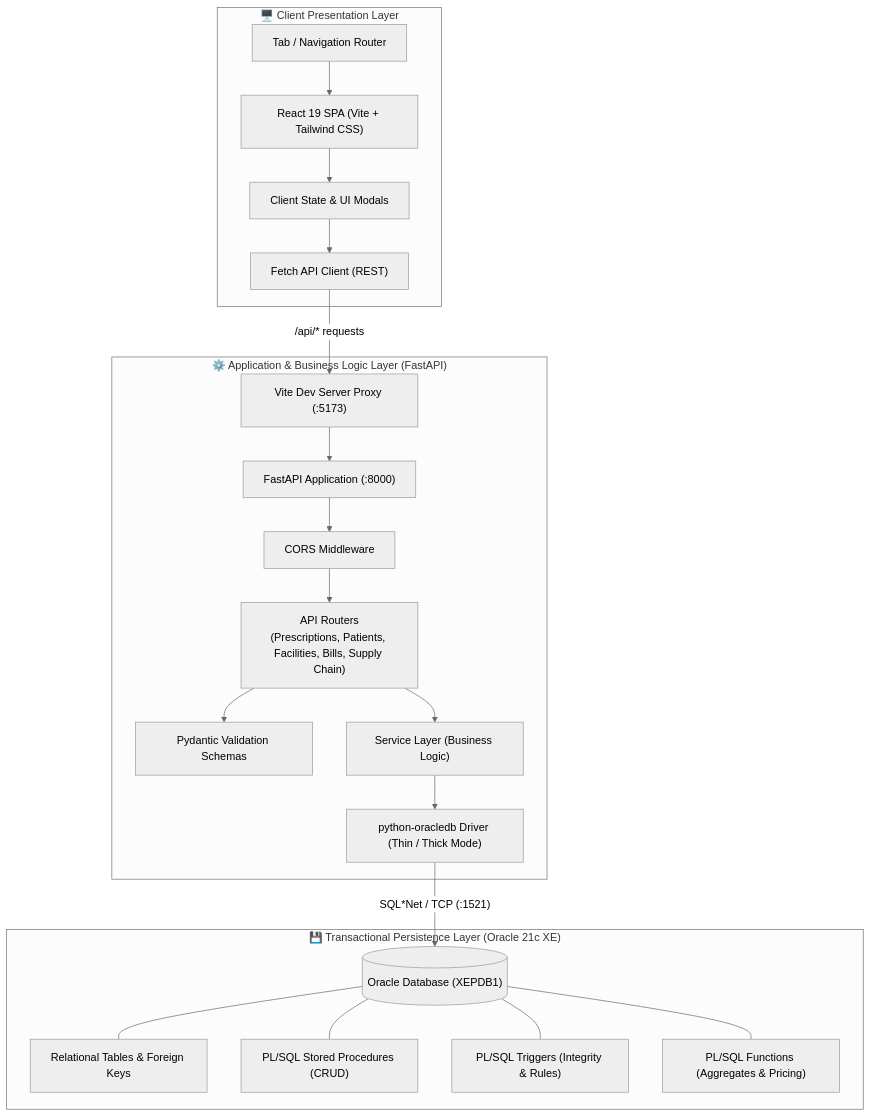
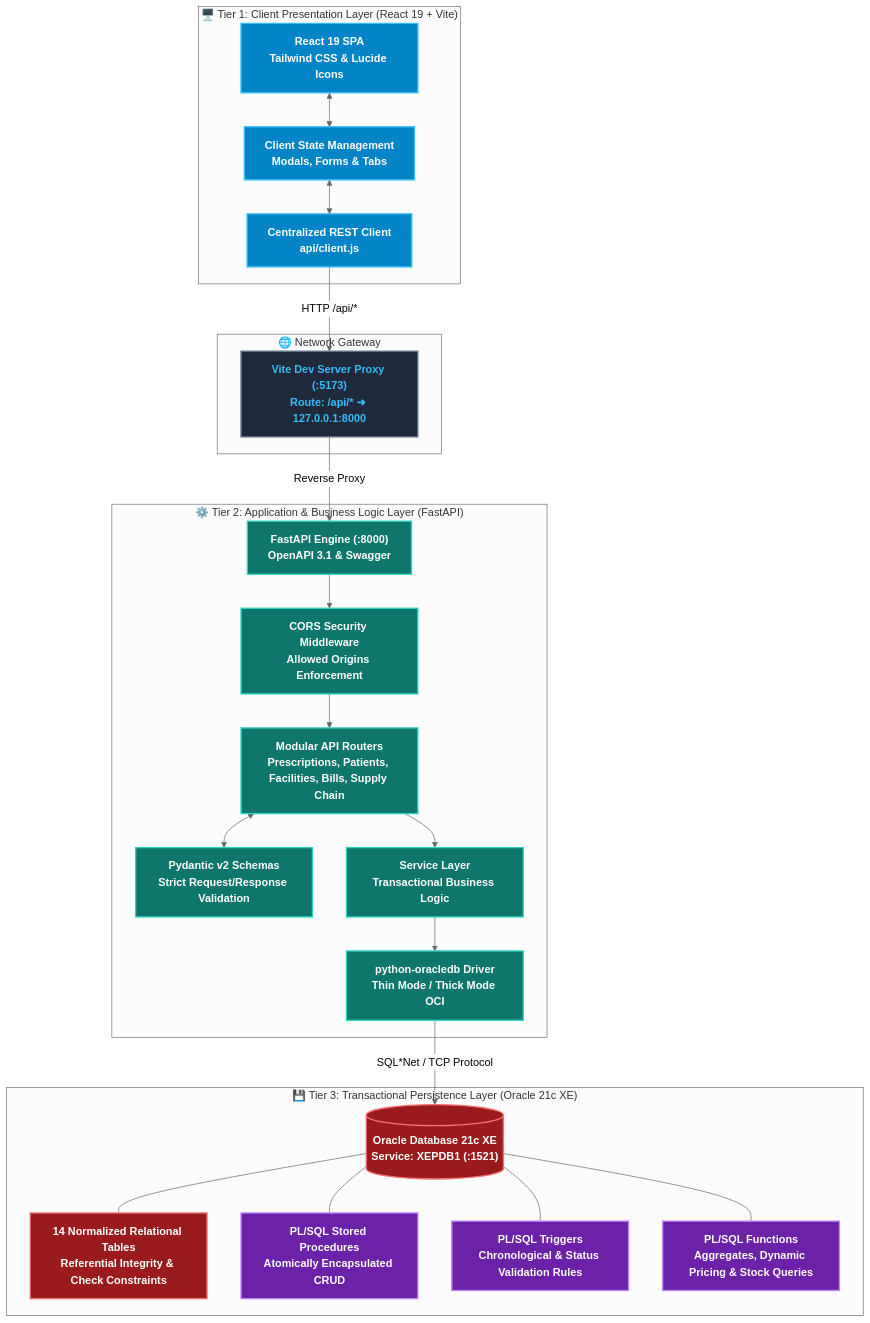
The first of 4 diagrams in README.md (sahanah621/Dbms-prescription-tracking-sys), drawn with Mermaid (neutral theme) before and after one commit. The commit also changed other lines of this file, not shown here.

````diff
--- a/README.md
+++ b/README.md
@@ -43,45 +50,53 @@
 ```mermaid
 flowchart TD
-    subgraph Client_Layer["🖥️ Client Presentation Layer"]
-        UI["React 19 SPA (Vite + Tailwind CSS)"]
-        State["Client State & UI Modals"]
-        Router["Tab / Navigation Router"]
-        API_Client["Fetch API Client (REST)"]
-        UI --> State
-        State --> API_Client
-        Router --> UI
+    %% Styling Class Definitions
+    classDef clientNode fill:#0284c7,stroke:#38bdf8,stroke-width:2px,color:#ffffff,font-weight:bold;
+    classDef apiNode fill:#0f766e,stroke:#2dd4bf,stroke-width:2px,color:#ffffff,font-weight:bold;
+    classDef dbNode fill:#991b1b,stroke:#f87171,stroke-width:2px,color:#ffffff,font-weight:bold;
+    classDef plsqlNode fill:#6b21a8,stroke:#c084fc,stroke-width:2px,color:#ffffff,font-weight:bold;
+    classDef proxyNode fill:#1e293b,stroke:#64748b,stroke-width:2px,color:#38bdf8,font-weight:bold;
+
+    subgraph Client_Layer["🖥️ Tier 1: Client Presentation Layer (React 19 + Vite)"]
+        UI["React 19 SPA<br/>Tailwind CSS & Lucide Icons"]:::clientNode
+        State["Client State Management<br/>Modals, Forms & Tabs"]:::clientNode
+        API_Client["Centralized REST Client<br/>api/client.js"]:::clientNode
+        UI <--> State
+        State <--> API_Client
     end
 
-    subgraph API_Layer["⚙️ Application & Business Logic Layer (FastAPI)"]
-        Proxy["Vite Dev Server Proxy (:5173)"]
-        FastAPI["FastAPI Application (:8000)"]
-        CORS["CORS Middleware"]
-        Pydantic["Pydantic Validation Schemas"]
-        Routers["API Routers
-(Prescriptions, Patients, Facilities, Bills, Supply Chain)"]
-        Services["Service Layer (Business Logic)"]
-        Driver["python-oracledb Driver (Thin / Thick Mode)"]
+    subgraph Gateway_Layer["🌐 Network Gateway"]
+        Proxy["Vite Dev Server Proxy (:5173)<br/>Route: /api/* ➜ 127.0.0.1:8000"]:::proxyNode
+    end
 
-        API_Client -- "/api/* requests" --> Proxy
-        Proxy --> FastAPI
+    subgraph API_Layer["⚙️ Tier 2: Application & Business Logic Layer (FastAPI)"]
+        FastAPI["FastAPI Engine (:8000)<br/>OpenAPI 3.1 & Swagger"]:::apiNode
+        CORS["CORS Security Middleware<br/>Allowed Origins Enforcement"]:::apiNode
+        Routers["Modular API Routers<br/>Prescriptions, Patients, Facilities, Bills, Supply Chain"]:::apiNode
+        Pydantic["Pydantic v2 Schemas<br/>Strict Request/Response Validation"]:::apiNode
+        Services["Service Layer<br/>Transactional Business Logic"]:::apiNode
+        Driver["python-oracledb Driver<br/>Thin Mode / Thick Mode OCI"]:::apiNode
+
         FastAPI --> CORS
         CORS --> Routers
-        Routers --> Pydantic
+        Routers <--> Pydantic
         Routers --> Services
         Services --> Driver
     end
 
-    subgraph DB_Layer["💾 Transactional Persistence Layer (Oracle 21c XE)"]
-        OracleDB[("Oracle Database (XEPDB1)")]
-        Tables["Relational Tables & Foreign Keys"]
-        Procedures["PL/SQL Stored Procedures (CRUD)"]
-        Triggers["PL/SQL Triggers (Integrity & Rules)"]
-        Functions["PL/SQL Functions (Aggregates & Pricing)"]
+    subgraph DB_Layer["💾 Tier 3: Transactional Persistence Layer (Oracle 21c XE)"]
+        OracleDB[("Oracle Database 21c XE<br/>Service: XEPDB1 (:1521)")]:::dbNode
+        Tables["14 Normalized Relational Tables<br/>Referential Integrity & Check Constraints"]:::dbNode
+        Procedures["PL/SQL Stored Procedures<br/>Atomically Encapsulated CRUD"]:::plsqlNode
+        Triggers["PL/SQL Triggers<br/>Chronological & Status Validation Rules"]:::plsqlNode
+        Functions["PL/SQL Functions<br/>Aggregates, Dynamic Pricing & Stock Queries"]:::plsqlNode
 
-        Driver -- "SQL*Net / TCP (:1521)" --> OracleDB
         OracleDB --- Tables
         OracleDB --- Procedures
         OracleDB --- Triggers
         OracleDB --- Functions
     end
+
+    API_Client -- "HTTP /api/*" --> Proxy
+    Proxy -- "Reverse Proxy" --> FastAPI
+    Driver -- "SQL*Net / TCP Protocol" --> OracleDB
 ```
````
